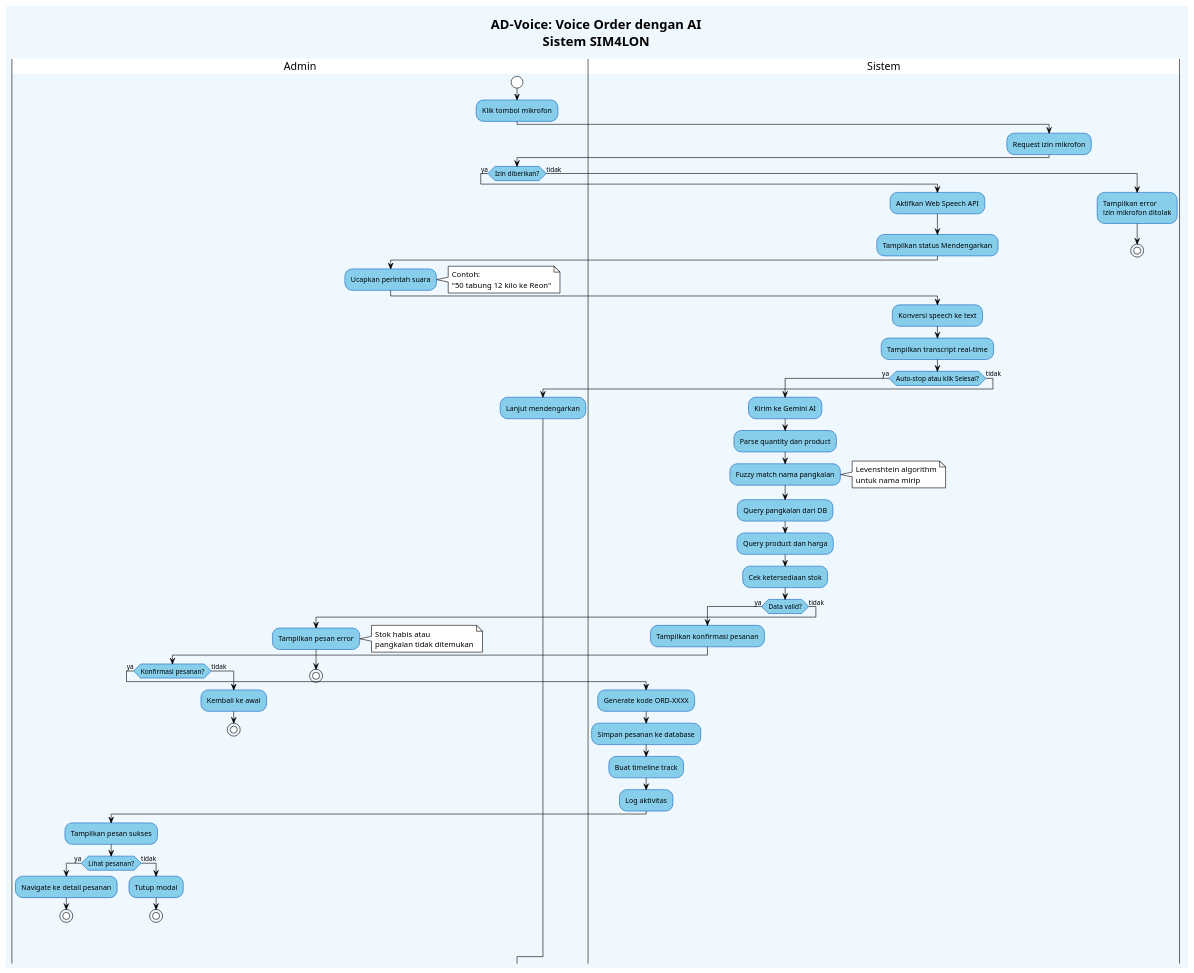
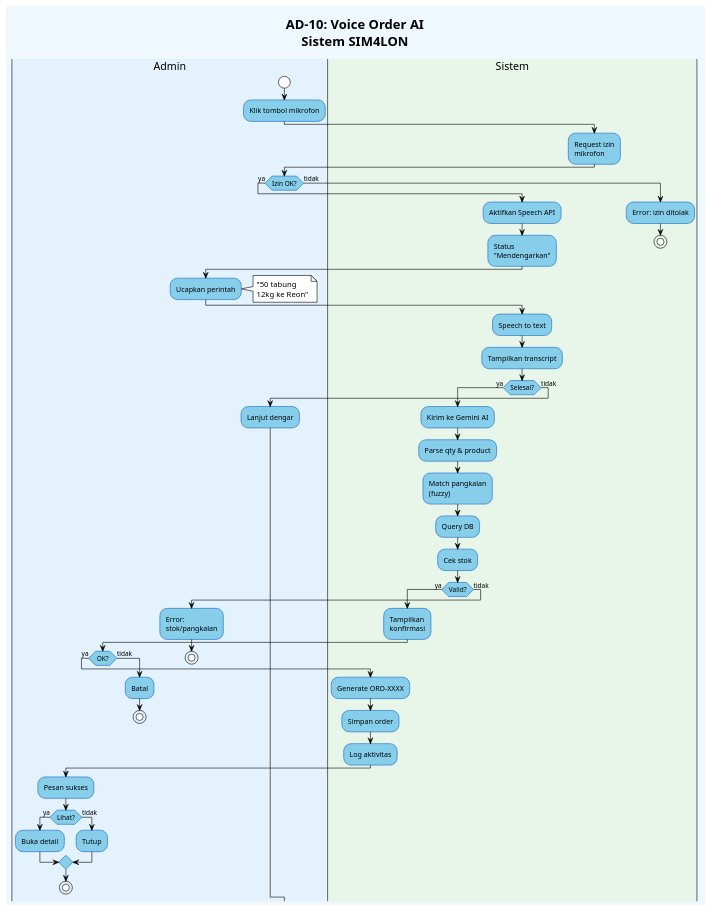
One commit to xinnxz/sim4lon changed the diagram in diagrams/AD_VoiceOrder_AI.puml. Above: the diagram before and after it, drawn with PlantUML. The commit also changed 75 other files, not shown here.

```diff
--- a/diagrams/AD_VoiceOrder_AI.puml
+++ b/diagrams/AD_VoiceOrder_AI.puml
@@ -1,87 +1,83 @@
 @startuml AD_VoiceOrder_AI
 !theme plain
 skinparam backgroundColor #f0f8ff
 skinparam ActivityBackgroundColor #87CEEB
 skinparam ActivityBorderColor #1565c0
 skinparam PartitionBackgroundColor #e3f2fd
 skinparam PartitionBorderColor #1565c0
+skinparam wrapWidth 120
 
-title **AD-Voice: Voice Order dengan AI**\nSistem SIM4LON
+title **AD-10: Voice Order AI**\nSistem SIM4LON
 
-|Admin|
+|#e3f2fd|Admin|
 start
 :Klik tombol mikrofon;
 
-|Sistem|
+|#e8f5e9|Sistem|
 :Request izin mikrofon;
 
 |Admin|
-if (Izin diberikan?) then (ya)
+if (Izin OK?) then (ya)
     
     |Sistem|
-    :Aktifkan Web Speech API;
-    :Tampilkan status Mendengarkan;
+    :Aktifkan Speech API;
+    :Status "Mendengarkan";
     
     |Admin|
-    :Ucapkan perintah suara;
-    note right: Contoh:\n"50 tabung 12 kilo ke Reon"
+    :Ucapkan perintah;
+    note right: "50 tabung\n12kg ke Reon"
     
     |Sistem|
-    :Konversi speech ke text;
-    :Tampilkan transcript real-time;
+    :Speech to text;
+    :Tampilkan transcript;
     
-    if (Auto-stop atau klik Selesai?) then (ya)
+    if (Selesai?) then (ya)
         :Kirim ke Gemini AI;
-        :Parse quantity dan product;
-        :Fuzzy match nama pangkalan;
-        note right: Levenshtein algorithm\nuntuk nama mirip
-        :Query pangkalan dari DB;
-        :Query product dan harga;
-        :Cek ketersediaan stok;
+        :Parse qty & product;
+        :Match pangkalan (fuzzy);
+        :Query DB;
+        :Cek stok;
         
-        if (Data valid?) then (ya)
-            :Tampilkan konfirmasi pesanan;
+        if (Valid?) then (ya)
+            :Tampilkan konfirmasi;
             
             |Admin|
-            if (Konfirmasi pesanan?) then (ya)
+            if (OK?) then (ya)
                 
                 |Sistem|
-                :Generate kode ORD-XXXX;
-                :Simpan pesanan ke database;
-                :Buat timeline track;
+                :Generate ORD-XXXX;
+                :Simpan order;
                 :Log aktivitas;
                 
                 |Admin|
-                :Tampilkan pesan sukses;
+                :Pesan sukses;
                 
-                if (Lihat pesanan?) then (ya)
-                    :Navigate ke detail pesanan;
-                    stop
+                if (Lihat?) then (ya)
+                    :Buka detail;
                 else (tidak)
-                    :Tutup modal;
-                    stop
+                    :Tutup;
                 endif
+                stop
                 
             else (tidak)
-                :Kembali ke awal;
+                :Batal;
                 stop
             endif
             
         else (tidak)
             |Admin|
-            :Tampilkan pesan error;
-            note right: Stok habis atau\npangkalan tidak ditemukan
+            :Error: stok/pangkalan;
             stop
         endif
         
     else (tidak)
-        :Lanjut mendengarkan;
+        :Lanjut dengar;
     endif
     
 else (tidak)
     |Sistem|
-    :Tampilkan error\nizin mikrofon ditolak;
+    :Error: izin ditolak;
     stop
 endif
 
 @enduml
```
